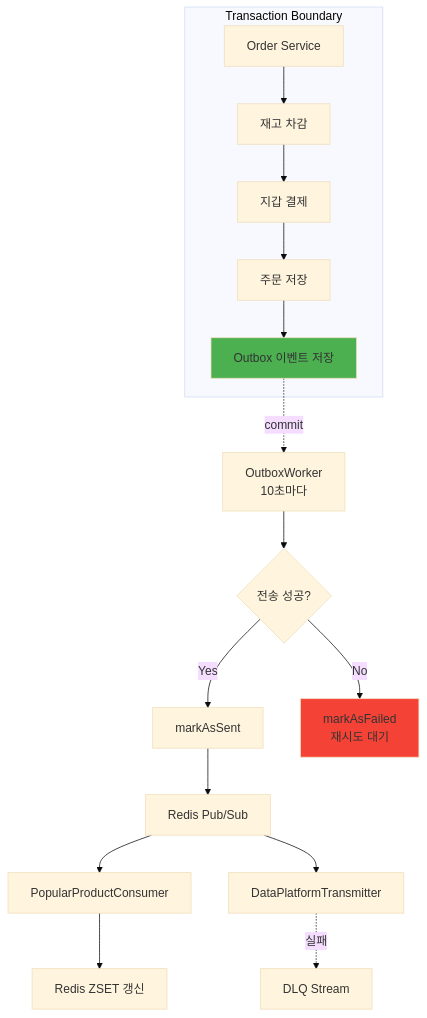
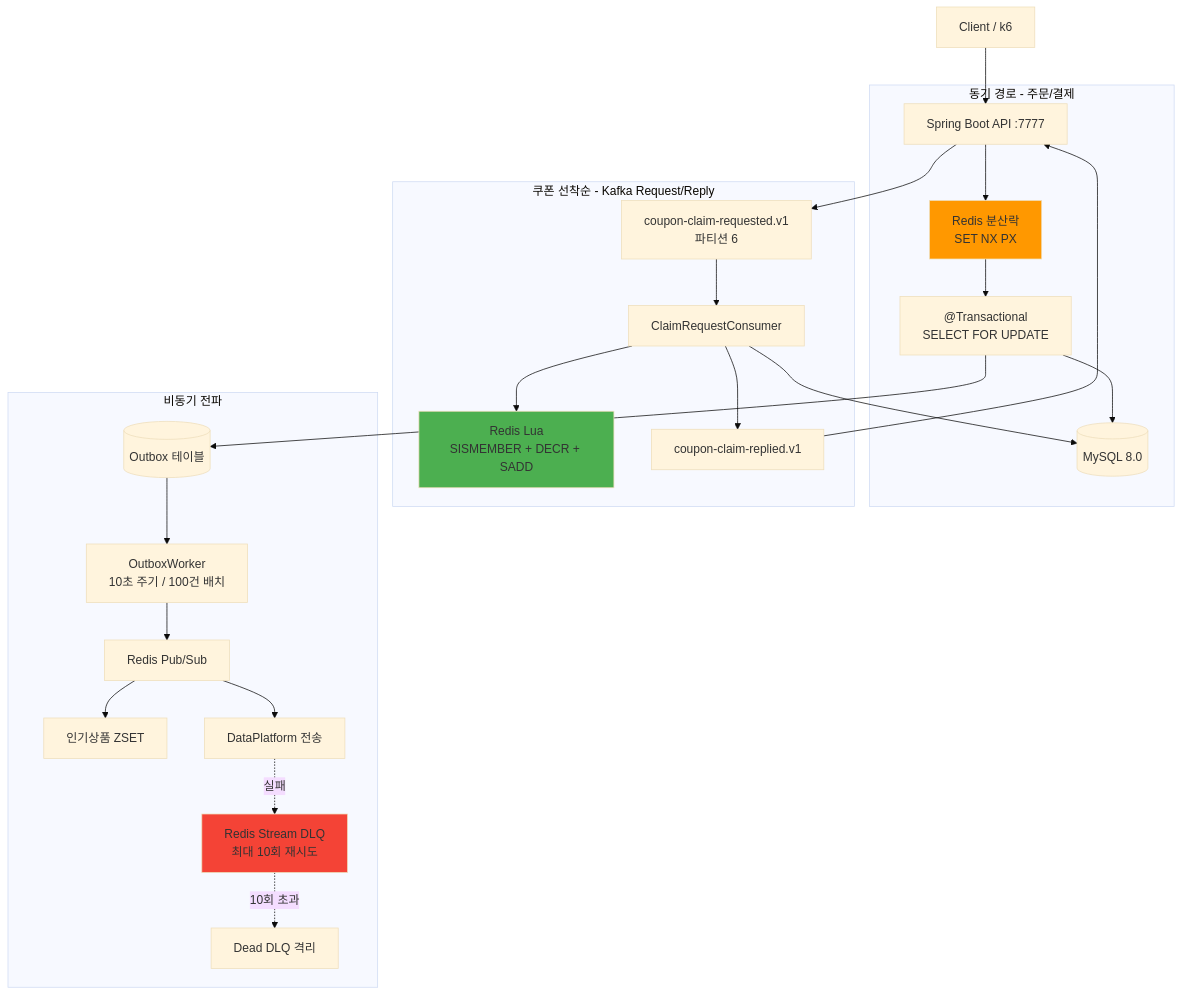
Before and after one commit to SeoBYP/server-setup-java: the first of 6 diagrams in README.md, drawn with Mermaid (base theme). The commit also changed other lines of this file and 2 other files, not shown here.

````diff
--- a/README.md
+++ b/README.md
@@ -176,24 +73,33 @@
 ```mermaid
 graph TB
-    subgraph "Transaction Boundary"
-        A[Order Service] --> B[재고 차감]
-        B --> C[지갑 결제]
-        C --> D[주문 저장]
-        D --> E[Outbox 이벤트 저장]
+    C[Client / k6] --> API[Spring Boot API :7777]
+
+    subgraph SYNC["동기 경로 - 주문/결제"]
+        API --> LOCK[Redis 분산락<br/>SET NX PX]
+        LOCK --> TX["@Transactional<br/>SELECT FOR UPDATE"]
+        TX --> DB[(MySQL 8.0)]
     end
-    
-    E -.commit.-> F[OutboxWorker<br/>10초마다]
-    F --> G{전송 성공?}
-    G -->|Yes| H[markAsSent]
-    G -->|No| I[markAsFailed<br/>재시도 대기]
-    
-    H --> J[Redis Pub/Sub]
-    J --> K[PopularProductConsumer]
-    K --> L[Redis ZSET 갱신]
-    
-    J --> M[DataPlatformTransmitter]
-    M -.실패.-> N[DLQ Stream]
-    
-    style E fill:#4caf50
-    style I fill:#f44336
+
+    subgraph COUPON["쿠폰 선착순 - Kafka Request/Reply"]
+        API --> KREQ[coupon-claim-requested.v1<br/>파티션 6]
+        KREQ --> KC[ClaimRequestConsumer]
+        KC --> LUA[Redis Lua<br/>SISMEMBER + DECR + SADD]
+        KC --> DB
+        KC --> KREP[coupon-claim-replied.v1]
+        KREP --> API
+    end
+
+    subgraph ASYNC["비동기 전파"]
+        TX --> OB[(Outbox 테이블)]
+        OB --> W[OutboxWorker<br/>10초 주기 / 100건 배치]
+        W --> PS[Redis Pub/Sub]
+        PS --> RANK[인기상품 ZSET]
+        PS --> DP[DataPlatform 전송]
+        DP -.실패.-> DLQ[Redis Stream DLQ<br/>최대 10회 재시도]
+        DLQ -.10회 초과.-> DEAD[Dead DLQ 격리]
+    end
+
+    style LOCK fill:#ff9800
+    style LUA fill:#4caf50
+    style DLQ fill:#f44336
 ```
````
